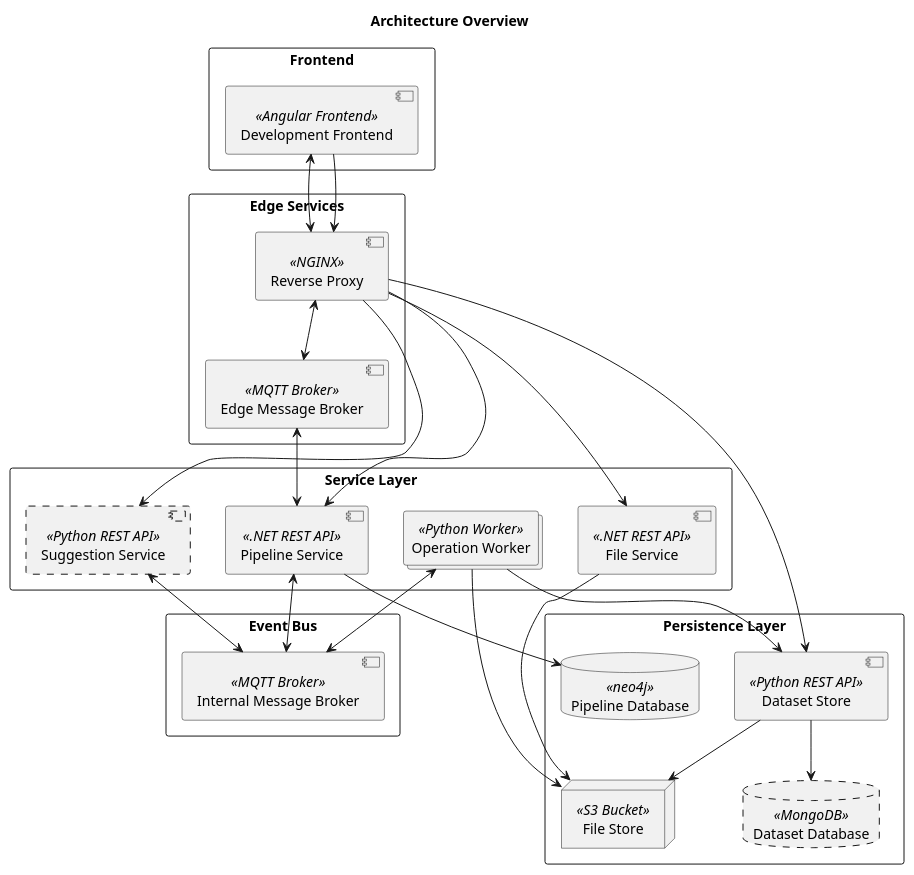
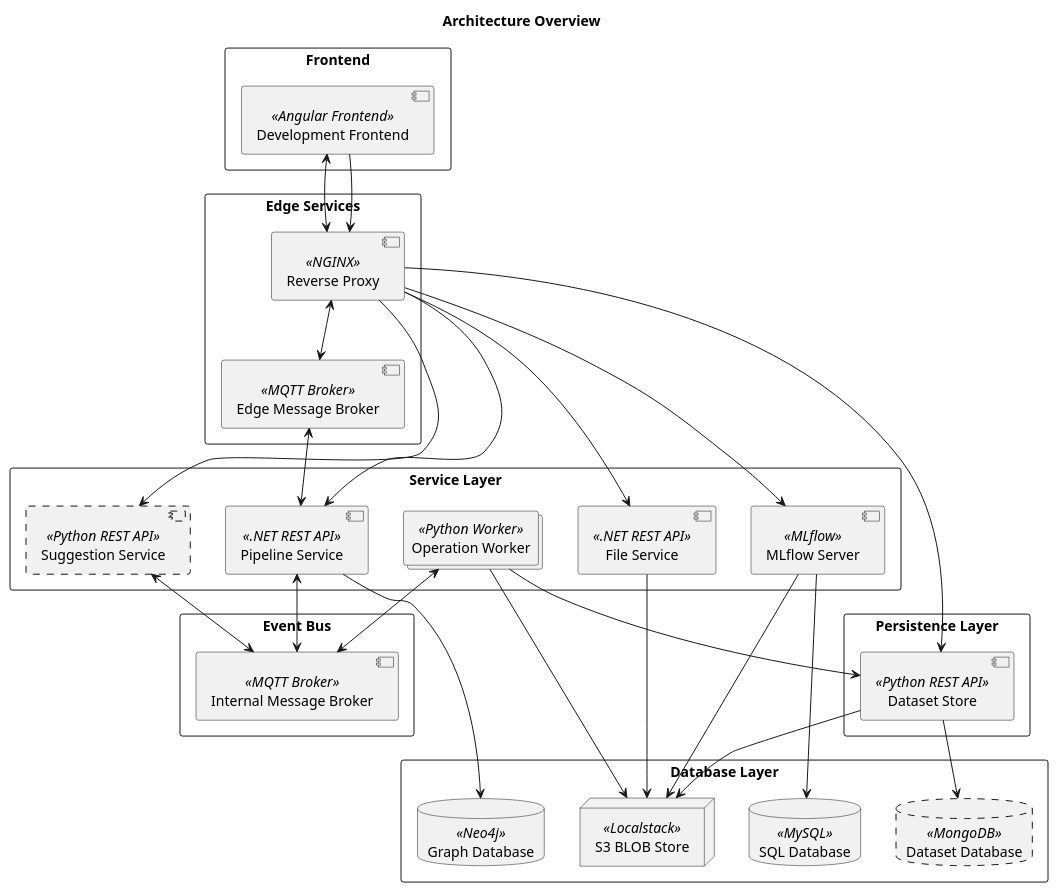
The diagram in docs/architecture/overview.puml (project-hanse/prototype-a), drawn with PlantUML before and after one commit. The commit also changed 1 other file, not shown here.

Commit message:
docs: update architecture overview to include mlflow and sql database

```diff
--- a/docs/architecture/overview.puml
+++ b/docs/architecture/overview.puml
@@ -1,62 +1,69 @@
 @startuml
 'https://plantuml.com/deployment-diagram
 
 title "Architecture Overview"
 
 'Definitions'
 
 rectangle "Frontend" {
     component "Development Frontend" << Angular Frontend >> as development_frontend
 }
 
 rectangle "Edge Services" {
     component "Reverse Proxy" << NGINX >> as reverse_proxy
     component "Edge Message Broker" << MQTT Broker >> as message_broker_edge
 }
 
 rectangle "Event Bus" {
     component "Internal Message Broker" << MQTT Broker >> as message_broker_internal
 }
 
 rectangle "Service Layer" {
     component "Pipeline Service" << .NET REST API >> as pipeline_service
     collections  "Operation Worker" <<Python Worker>> as worker
     component #line.dashed "Suggestion Service" << Python REST API >> as suggestion_service
     component "File Service" << .NET REST API >> as file_service
+    component "MLflow Server" << MLflow >> as mlflow_server
 }
 
 rectangle "Persistence Layer" {
-    database "Pipeline Database" << neo4j >> as pipeline_db
+    component "Dataset Store" << Python REST API >> as dataset_store
+}
 
-    component "Dataset Store" << Python REST API >> as dataset_store
-    node "File Store" << S3 Bucket >> as file_store
+rectangle "Database Layer" {
+    database "Graph Database" << Neo4j >> as graph_db
+    node "S3 BLOB Store" << Localstack >> as blob_store
     database #line.dashed "Dataset Database" << MongoDB >> as dataset_db
+    database "SQL Database" << MySQL >> as mysql_db
 }
 
 'Interaction'
 
 development_frontend <--> reverse_proxy
 development_frontend --> reverse_proxy
 
 reverse_proxy --> pipeline_service
 reverse_proxy --> suggestion_service
 suggestion_service <--> message_broker_internal
 reverse_proxy --> file_service
 reverse_proxy <--> message_broker_edge
+reverse_proxy --> mlflow_server
 
-pipeline_service --> pipeline_db
+pipeline_service --> graph_db
 dataset_store --> dataset_db
-file_service --> file_store
+file_service --> blob_store
 pipeline_service <--> message_broker_internal
 message_broker_internal <--> worker
+mlflow_server --> mysql_db
+mlflow_server --> blob_store
 
 worker --> dataset_store
-worker --> file_store
+worker --> blob_store
 
 message_broker_edge <--> pipeline_service
 
 'TODO: This connection should no longer exist'
 reverse_proxy --> dataset_store
 'TODO: Default files should be seeded from file service PH-213'
-dataset_store --> file_store
+dataset_store --> blob_store
 @enduml
```
